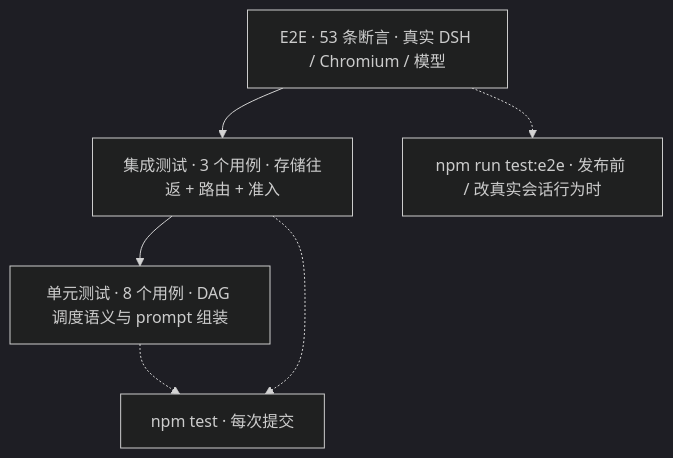
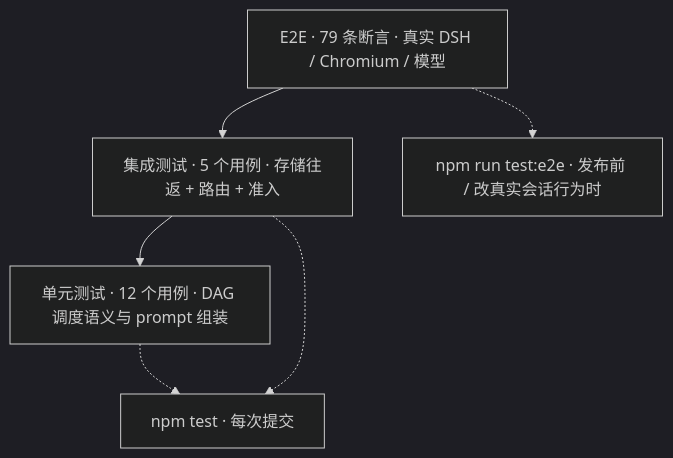
Before and after one commit to czyt1988/dsh-workflow-orchestrator: the first of 2 diagrams in docs/dev/testing.md, drawn with Mermaid (dark theme). The commit also changed other lines of this file and 32 other files, not shown here.

````diff
--- a/docs/dev/testing.md
+++ b/docs/dev/testing.md
@@ -13,10 +13,10 @@
 ```mermaid
 flowchart TB
-  A["E2E · 53 条断言 · 真实 DSH / Chromium / 模型"]
-  B["集成测试 · 3 个用例 · 存储往返 + 路由 + 准入"]
-  C["单元测试 · 8 个用例 · DAG 调度语义与 prompt 组装"]
+  A["E2E · 79 条断言 · 真实 DSH / Chromium / 模型"]
+  B["集成测试 · 5 个用例 · 存储往返 + 路由 + 准入"]
+  C["单元测试 · 12 个用例 · DAG 调度语义与 prompt 组装"]
   A --> B --> C
   C -.-> D["npm test · 每次提交"]
   B -.-> D
   A -.-> E["npm run test:e2e · 发布前 / 改真实会话行为时"]
 ```
````
